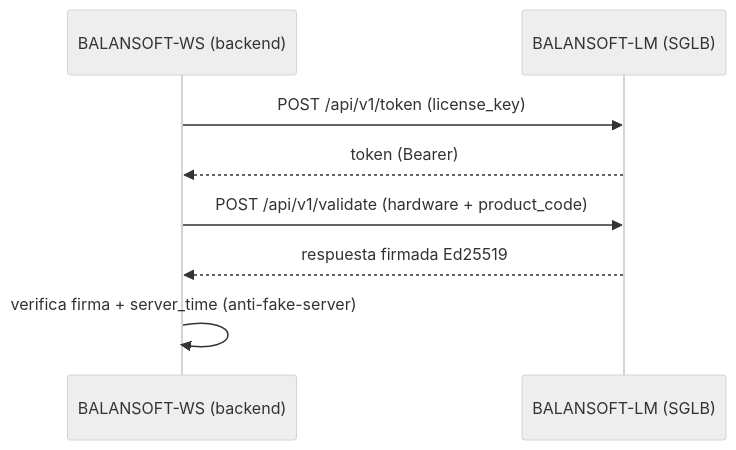
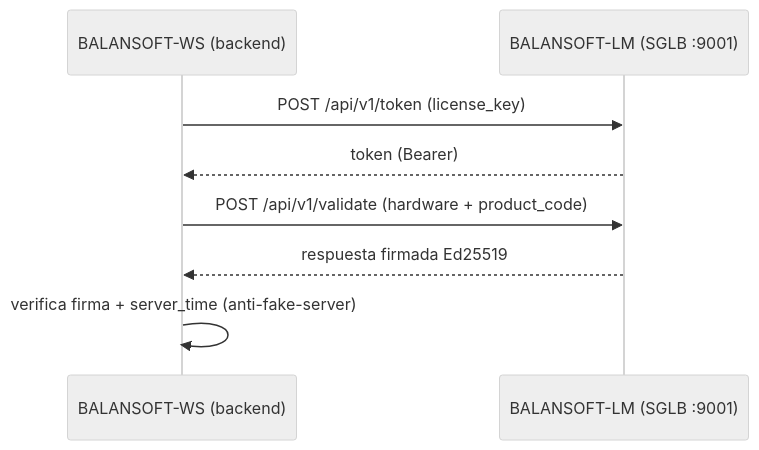
The second of 2 diagrams in docs/DEPLOY.md (panchove/BALANSOFT-WS-DART), drawn with Mermaid (neutral theme) before and after one commit. The commit also changed other lines of this file and 7 other files, not shown here.

````diff
--- a/docs/DEPLOY.md
+++ b/docs/DEPLOY.md
@@ -235,10 +272,10 @@
 ```mermaid
 sequenceDiagram
     participant BW as BALANSOFT-WS (backend)
-    participant LM as BALANSOFT-LM (SGLB)
+    participant LM as BALANSOFT-LM (SGLB :9001)
     BW->>LM: POST /api/v1/token (license_key)
     LM-->>BW: token (Bearer)
     BW->>LM: POST /api/v1/validate (hardware + product_code)
     LM-->>BW: respuesta firmada Ed25519
     BW->>BW: verifica firma + server_time (anti-fake-server)
 ```
````
